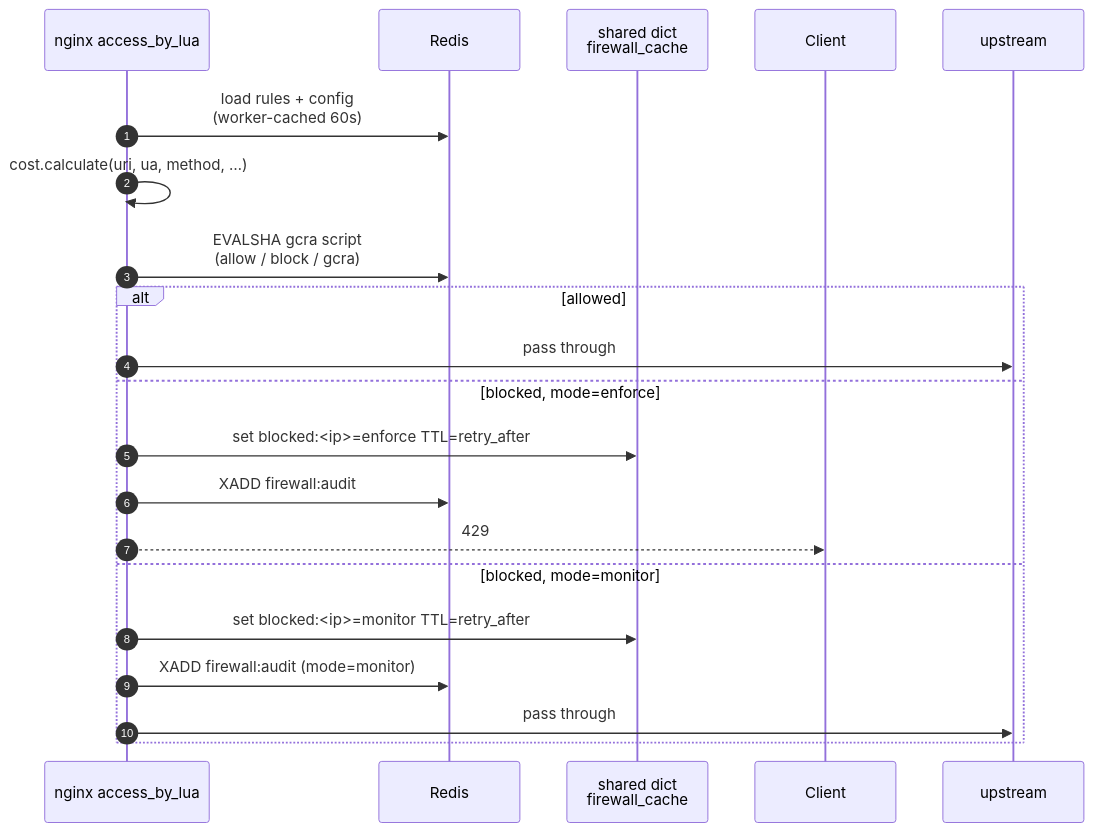
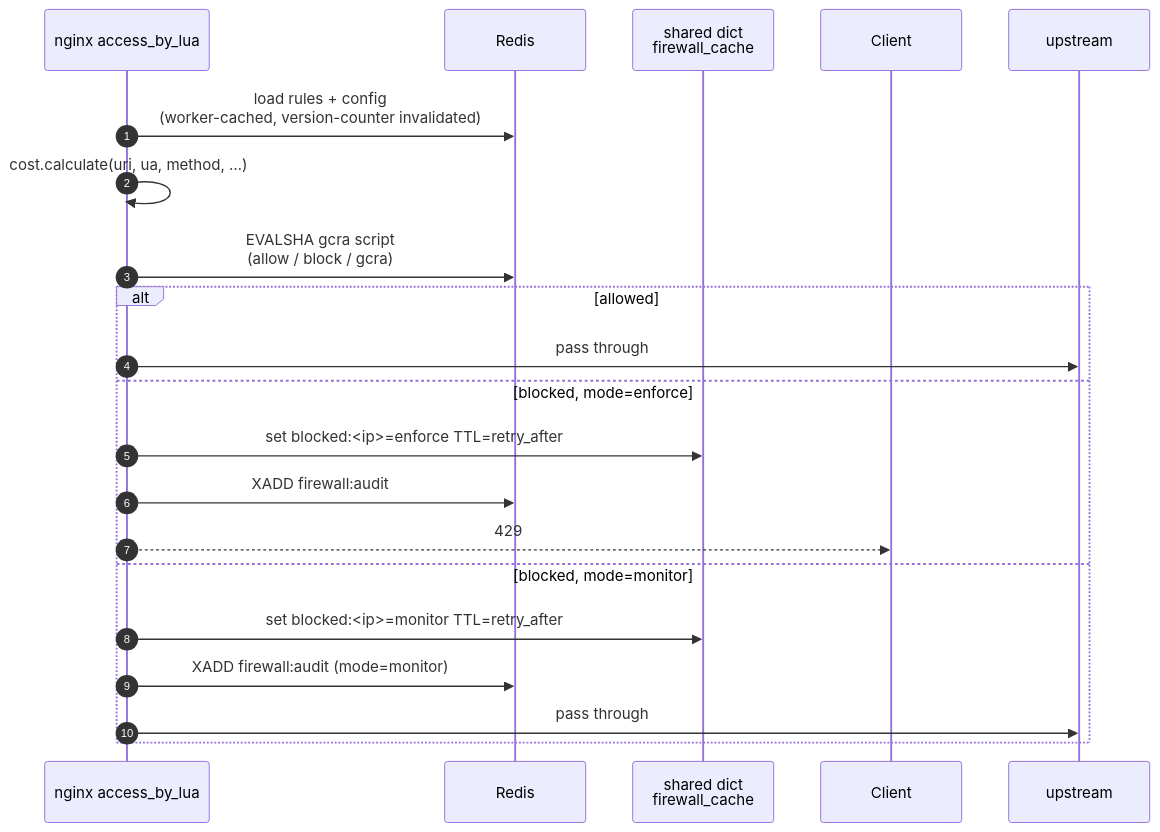
Before and after one commit to ministryofjustice/hale-platform: the third of 4 diagrams in opt/lua/README.md, drawn with Mermaid. The commit also changed other lines of this file, not shown here.

````diff
--- a/opt/lua/README.md
+++ b/opt/lua/README.md
@@ -235,24 +236,24 @@
 ```mermaid
 sequenceDiagram
     autonumber
     participant N as nginx access_by_lua
     participant R as Redis
     participant SD as shared dict<br/>firewall_cache
     participant C as Client
     participant U as upstream
 
-    N->>R: load rules + config<br/>(worker-cached 60s)
+    N->>R: load rules + config<br/>(worker-cached, version-counter invalidated)
     N->>N: cost.calculate(uri, ua, method, …)
     N->>R: EVALSHA gcra script<br/>(allow / block / gcra)
     alt allowed
         N->>U: pass through
     else blocked, mode=enforce
         N->>SD: set blocked:<ip>=enforce TTL=retry_after
         N->>R: XADD firewall:audit
         N-->>C: 429
     else blocked, mode=monitor
         N->>SD: set blocked:<ip>=monitor TTL=retry_after
         N->>R: XADD firewall:audit (mode=monitor)
         N->>U: pass through
     end
 ```
````
